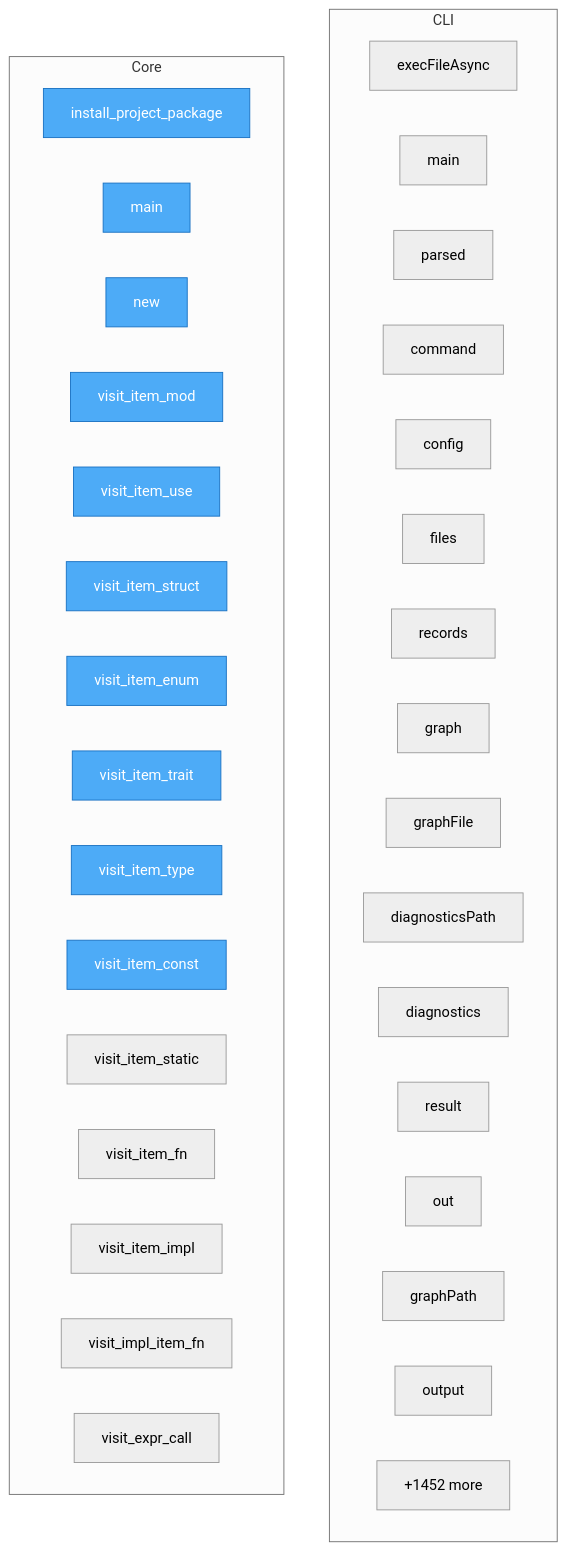
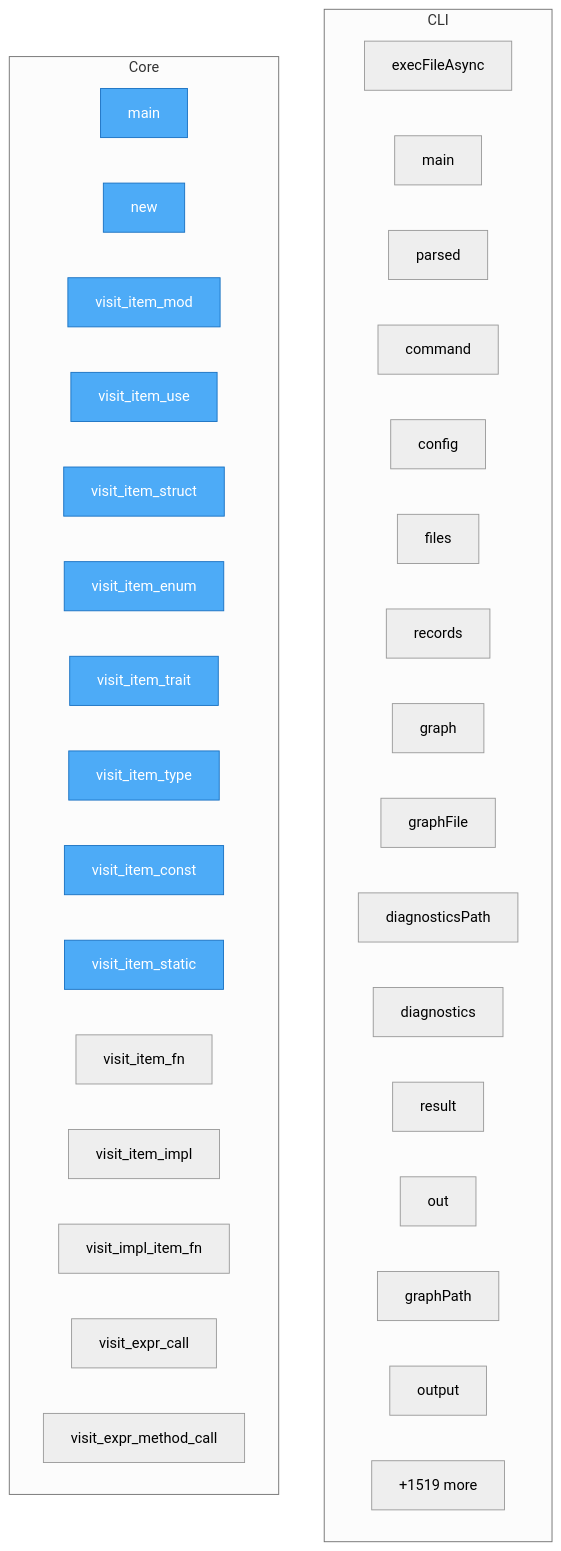
One commit to autogrammar/todo2code changed the diagram in project/flow.mmd. Above: the diagram before and after it, drawn with Mermaid (neutral theme). The commit also changed 54 other files, not shown here.

```diff
--- a/project/flow.mmd
+++ b/project/flow.mmd
@@ -1,45 +1,45 @@
 flowchart TD
 %% generated in 0.03s
 
     %% Entry points (blue)
     classDef entry fill:#4dabf7,stroke:#1971c2,color:#fff
 
     subgraph CLI
         src__cli__execFileAsync["execFileAsync"]
         src__cli__main["main"]
         src__cli__parsed["parsed"]
         src__cli__command["command"]
         src__cli__config["config"]
         src__cli__files["files"]
         src__cli__records["records"]
         src__cli__graph["graph"]
         src__cli__graphFile["graphFile"]
         src__cli__diagnosticsPath["diagnosticsPath"]
         src__cli__diagnostics["diagnostics"]
         src__cli__result["result"]
         src__cli__out["out"]
         src__cli__graphPath["graphPath"]
         src__cli__output["output"]
-        ...["+60 more"]
+        ...["+61 more"]
     end
 
     subgraph Core
-        project__install_project_package["install_project_package"]
         rust_ast__src__main__main["main"]
         rust_ast__src__main__new["new"]
         rust_ast__src__main__visit_item_mod["visit_item_mod"]
         rust_ast__src__main__visit_item_use["visit_item_use"]
         rust_ast__src__main__visit_item_struct["visit_item_struct"]
         rust_ast__src__main__visit_item_enum["visit_item_enum"]
         rust_ast__src__main__visit_item_trait["visit_item_trait"]
         rust_ast__src__main__visit_item_type["visit_item_type"]
         rust_ast__src__main__visit_item_const["visit_item_const"]
         rust_ast__src__main__visit_item_static["visit_item_static"]
         rust_ast__src__main__visit_item_fn["visit_item_fn"]
         rust_ast__src__main__visit_item_impl["visit_item_impl"]
         rust_ast__src__main__visit_impl_item_fn["visit_impl_item_fn"]
         rust_ast__src__main__visit_expr_call["visit_expr_call"]
-        ...["+1452 more"]
+        rust_ast__src__main__visit_expr_method_call["visit_expr_method_call"]
+        ...["+1519 more"]
     end
 
-    class project__install_project_package,rust_ast__src__main__main,rust_ast__src__main__new,rust_ast__src__main__visit_item_mod,rust_ast__src__main__visit_item_use,rust_ast__src__main__visit_item_struct,rust_ast__src__main__visit_item_enum,rust_ast__src__main__visit_item_trait,rust_ast__src__main__visit_item_type,rust_ast__src__main__visit_item_const entry
+    class rust_ast__src__main__main,rust_ast__src__main__new,rust_ast__src__main__visit_item_mod,rust_ast__src__main__visit_item_use,rust_ast__src__main__visit_item_struct,rust_ast__src__main__visit_item_enum,rust_ast__src__main__visit_item_trait,rust_ast__src__main__visit_item_type,rust_ast__src__main__visit_item_const,rust_ast__src__main__visit_item_static entry
```
